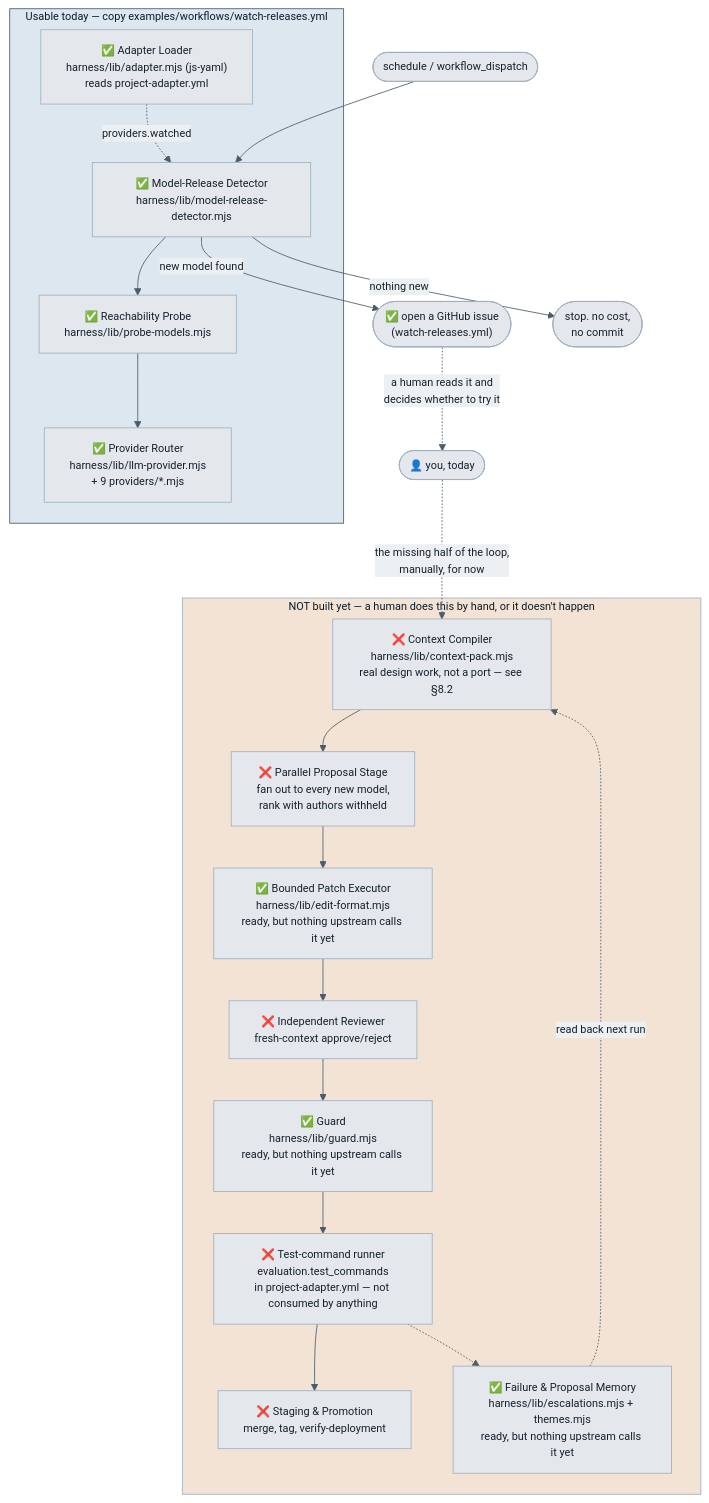
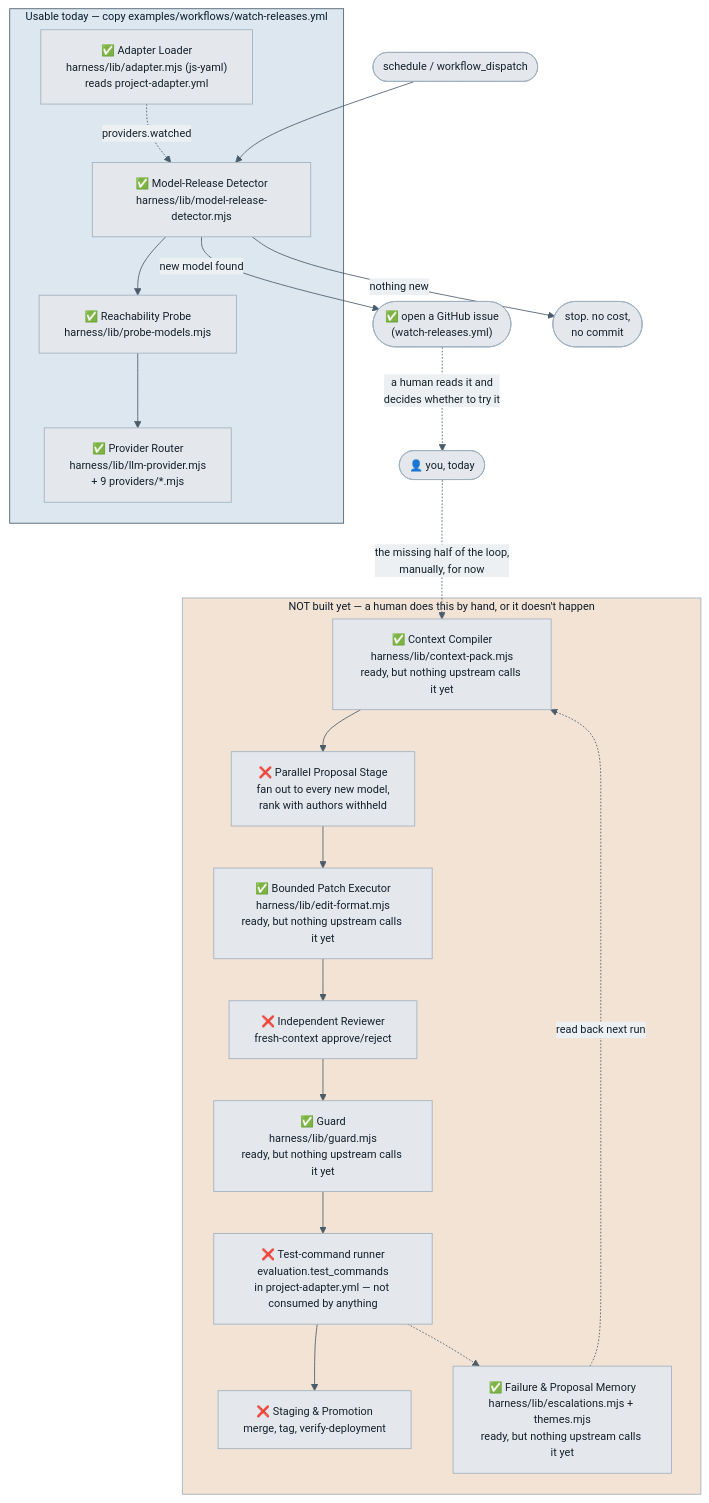
One commit to Chrisfoz/self-optimisation changed the first of 2 diagrams in ARCHITECTURE.md. Above: the diagram before and after it, drawn with Mermaid. The commit also changed other lines of this file and 4 other files, not shown here.

````diff
--- a/ARCHITECTURE.md
+++ b/ARCHITECTURE.md
@@ -20,41 +20,41 @@
 ```mermaid
 %%{init: {"theme":"base","themeVariables":{"fontSize":"13px","primaryColor":"#E4E8EC","primaryTextColor":"#14212B","primaryBorderColor":"#9FB0BE","lineColor":"#4A5C6A","secondaryColor":"#DCE7F0","tertiaryColor":"#F3E3D4","clusterBkg":"#F6F8F9","clusterBorder":"#9FB0BE","edgeLabelBackground":"#EDF0F2","textColor":"#14212B"}}}%%
 flowchart TD
   cron(["schedule / workflow_dispatch"]) --> detector
 
   subgraph today["Usable today — copy examples/workflows/watch-releases.yml"]
     detector["✅ Model-Release Detector<br/>harness/lib/model-release-detector.mjs"]
     probe["✅ Reachability Probe<br/>harness/lib/probe-models.mjs"]
     adapter["✅ Adapter Loader<br/>harness/lib/adapter.mjs (js-yaml)<br/>reads project-adapter.yml"]
     router["✅ Provider Router<br/>harness/lib/llm-provider.mjs<br/>+ 9 providers/*.mjs"]
 
     adapter -.->|"providers.watched"| detector
     detector --> probe
     probe --> router
   end
 
   detector -->|"new model found"| issue(["✅ open a GitHub issue<br/>(watch-releases.yml)"])
   detector -->|"nothing new"| idle(["stop. no cost,<br/>no commit"])
 
   issue -.->|"a human reads it and<br/>decides whether to try it"| human(["👤 you, today"])
 
   subgraph missing["NOT built yet — a human does this by hand, or it doesn't happen"]
-    context["❌ Context Compiler<br/>harness/lib/context-pack.mjs<br/>real design work, not a port — see §8.2"]
+    context["✅ Context Compiler<br/>harness/lib/context-pack.mjs<br/>ready, but nothing upstream calls it yet"]
     executor["✅ Bounded Patch Executor<br/>harness/lib/edit-format.mjs<br/>ready, but nothing upstream calls it yet"]
     propose["❌ Parallel Proposal Stage<br/>fan out to every new model,<br/>rank with authors withheld"]
     reviewer["❌ Independent Reviewer<br/>fresh-context approve/reject"]
     guard["✅ Guard<br/>harness/lib/guard.mjs<br/>ready, but nothing upstream calls it yet"]
     testrunner["❌ Test-command runner<br/>evaluation.test_commands<br/>in project-adapter.yml — not consumed by anything"]
     memory["✅ Failure & Proposal Memory<br/>harness/lib/escalations.mjs + themes.mjs<br/>ready, but nothing upstream calls it yet"]
     promote["❌ Staging & Promotion<br/>merge, tag, verify-deployment"]
 
     context --> propose --> executor --> reviewer --> guard --> testrunner --> promote
     memory -.->|"read back next run"| context
     testrunner -.-> memory
   end
 
   human -.->|"the missing half of the loop,<br/>manually, for now"| context
 
   style today fill:#DCE7F0,stroke:#4A5C6A
   style missing fill:#F3E3D4,stroke:#9FB0BE
 ```
````
